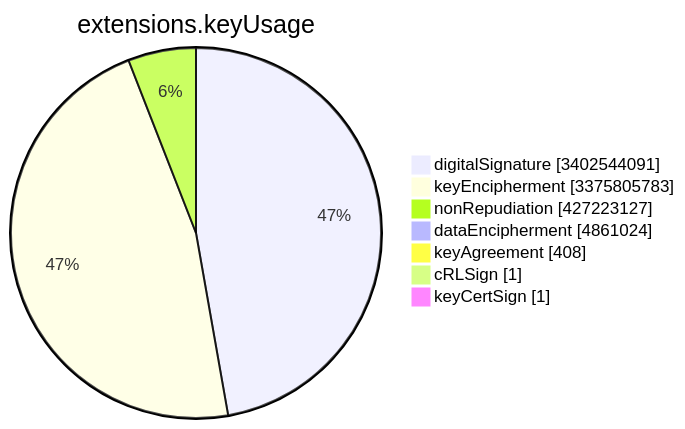
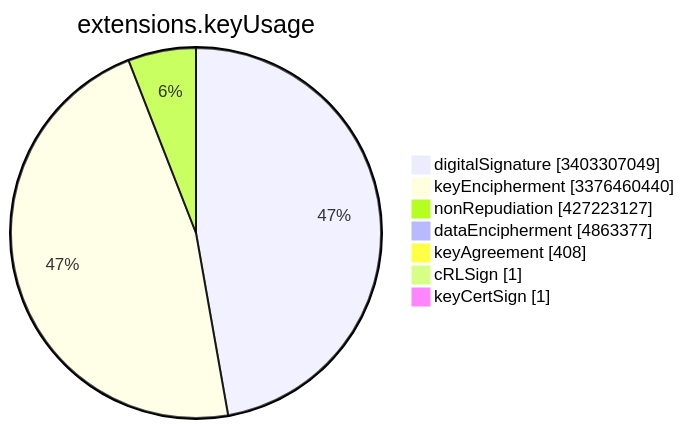
The sixth of 15 diagrams in TOTAL/README.md (christiankrug/ctmonitor_visualization), drawn with Mermaid before and after one commit. The commit also changed other lines of this file, not shown here.

````diff
--- a/TOTAL/README.md
+++ b/TOTAL/README.md
@@ -3081,11 +3081,11 @@
 ```mermaid
 pie showData
 title extensions.keyUsage
-"digitalSignature" :3402544091
-"keyEncipherment" :3375805783
+"digitalSignature" :3403307049
+"keyEncipherment" :3376460440
 "nonRepudiation" :427223127
-"dataEncipherment" :4861024
+"dataEncipherment" :4863377
 "keyAgreement" :408
 "cRLSign" :1
 "keyCertSign" :1
 ```
````
